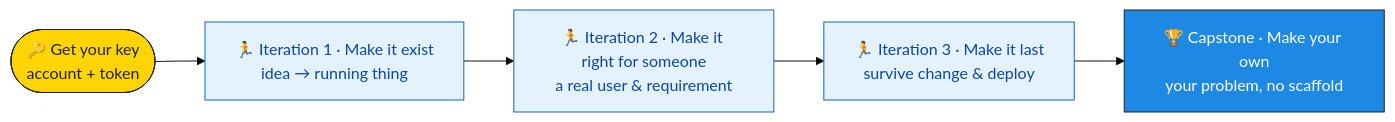
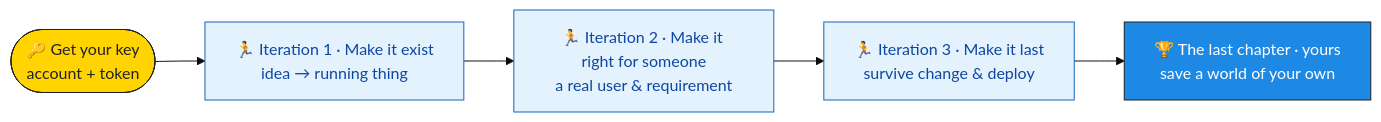
One commit to michelzam/lightcodepedia changed the diagram in docs/micro_build_ai/index.md. Above: the diagram before and after it, drawn with Mermaid (base theme). The commit also changed other lines of this file and 5 other files, not shown here.

````diff
--- a/docs/micro_build_ai/index.md
+++ b/docs/micro_build_ai/index.md
@@ -44,11 +44,11 @@
 ```mermaid
 graph LR
   K([🔑 Get your key<br/>account + token]):::key --> I1
   I1[🏃 Iteration 1 · Make it exist<br/>idea → running thing]:::iter --> I2
   I2[🏃 Iteration 2 · Make it right for someone<br/>a real user & requirement]:::iter --> I3
   I3[🏃 Iteration 3 · Make it last<br/>survive change & deploy]:::iter --> CAP
-  CAP[🏆 Capstone · Make your own<br/>your problem, no scaffold]:::cap
+  CAP[🏆 The last chapter · yours<br/>save a world of your own]:::cap
   classDef key fill:#ffd400,stroke:#222,color:#222;
   classDef iter fill:#e3f2fd,stroke:#1565c0,color:#0d47a1;
   classDef cap fill:#1e88e5,stroke:#222,color:#fff;
 ```
````
